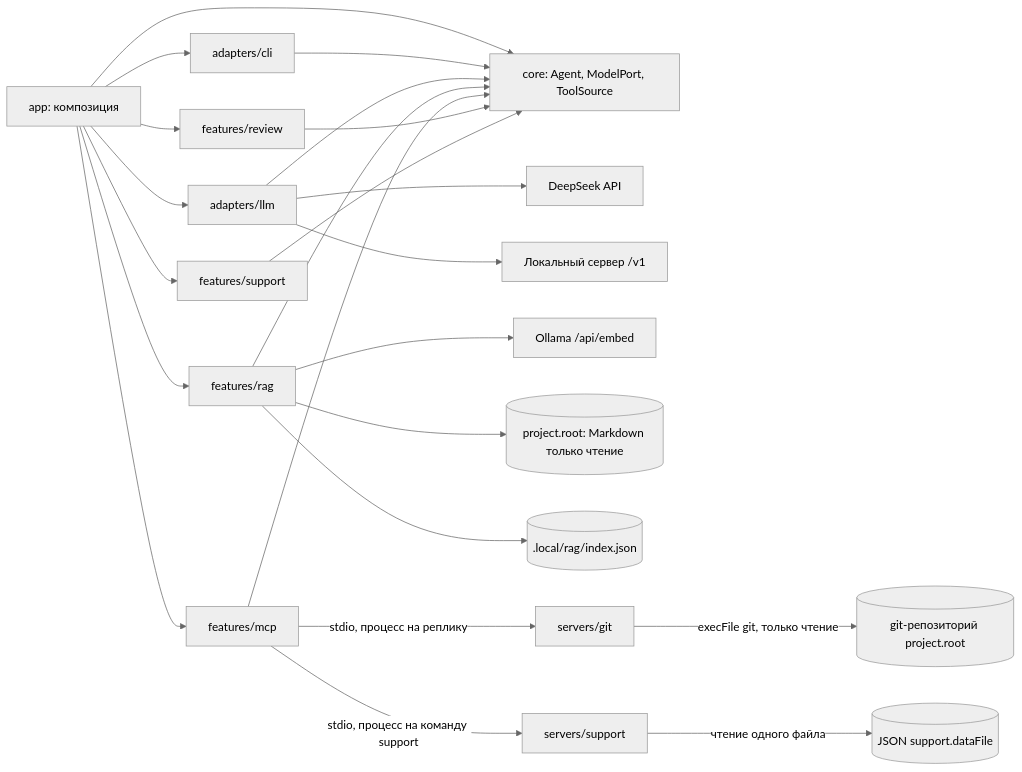
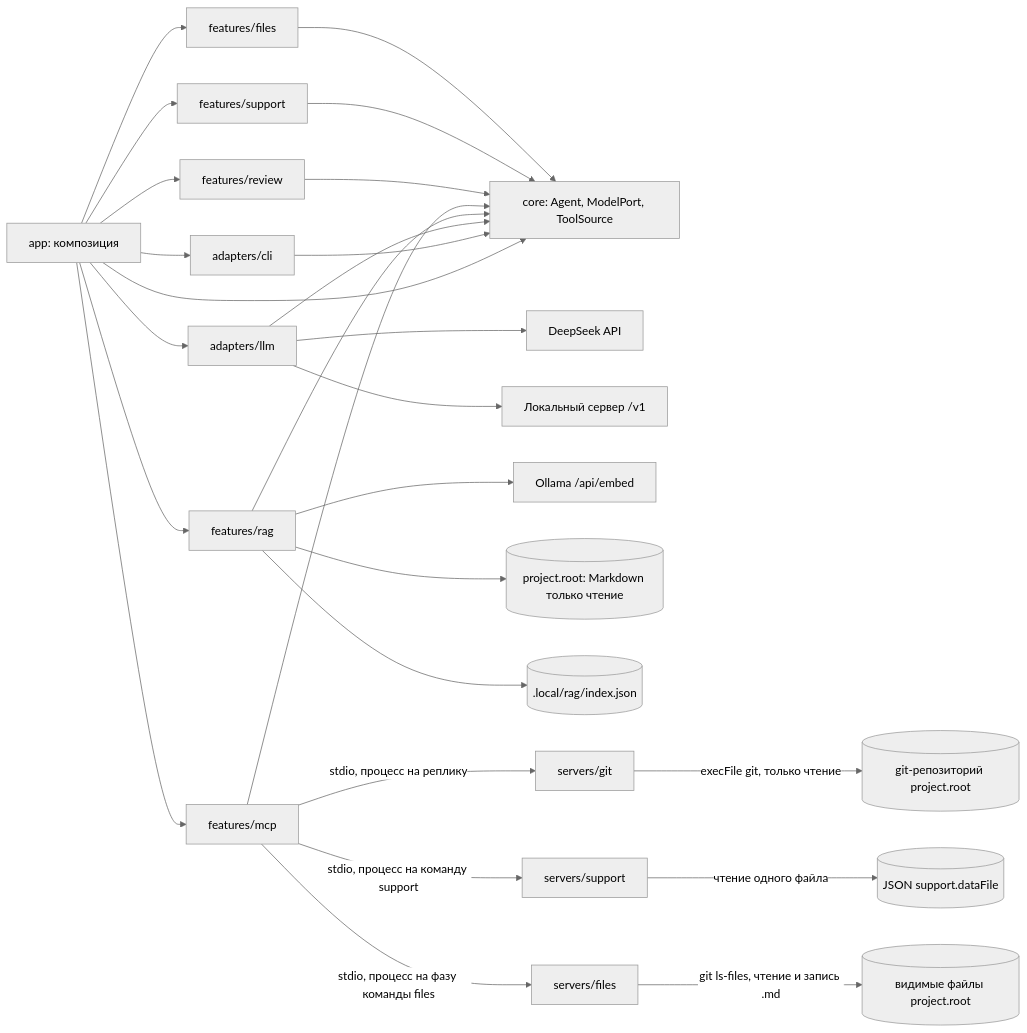
One commit to maxonmars/devflow-lab changed the diagram in ARCHITECTURE.md. Above: the diagram before and after it, drawn with Mermaid (neutral theme). The commit also changed other lines of this file and 61 other files, not shown here.

````diff
--- a/ARCHITECTURE.md
+++ b/ARCHITECTURE.md
@@ -10,25 +10,29 @@
 ```mermaid
 flowchart LR
     App[app: композиция] --> Core[core: Agent, ModelPort, ToolSource]
     App --> CLI[adapters/cli]
     App --> LLM[adapters/llm]
     App --> Rag[features/rag]
     App --> Mcp[features/mcp]
     App --> Review[features/review]
     App --> Support[features/support]
+    App --> Files[features/files]
     CLI --> Core
     LLM --> Core
     LLM --> DeepSeek[DeepSeek API]
     LLM --> Local[Локальный сервер /v1]
     Rag --> Core
     Rag --> Ollama[Ollama /api/embed]
     Rag --> Project[(project.root: Markdown только чтение)]
     Rag --> Index[(.local/rag/index.json)]
     Mcp --> Core
     Review --> Core
     Support --> Core
+    Files --> Core
     Mcp -->|stdio, процесс на реплику| Git[servers/git]
     Git -->|execFile git, только чтение| Repo[(git-репозиторий project.root)]
     Mcp -->|stdio, процесс на команду support| SupportServer[servers/support]
     SupportServer -->|чтение одного файла| Tickets[(JSON support.dataFile)]
+    Mcp -->|stdio, процесс на фазу команды files| FilesServer[servers/files]
+    FilesServer -->|git ls-files, чтение и запись .md| Visible[(видимые файлы project.root)]
 ```
````
